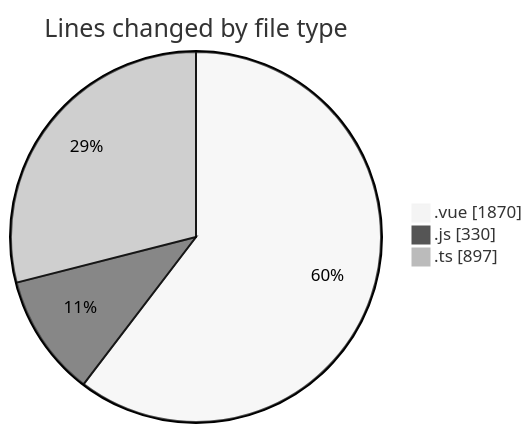
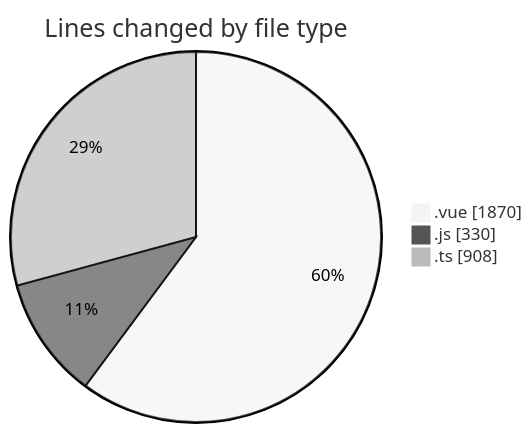
The first of 2 diagrams in 2025-07-14/rentotp/README.md (lephambinh05/code-tracking), drawn with Mermaid (neutral theme) before and after one commit. The commit also changed other lines of this file and 1 other file, not shown here.

````diff
--- a/2025-07-14/rentotp/README.md
+++ b/2025-07-14/rentotp/README.md
@@ -43,7 +43,7 @@
 ```mermaid
 pie showData
 title Lines changed by file type
 ".vue" : 1870
 ".js" : 330
-".ts" : 897
+".ts" : 908
 ```
````
